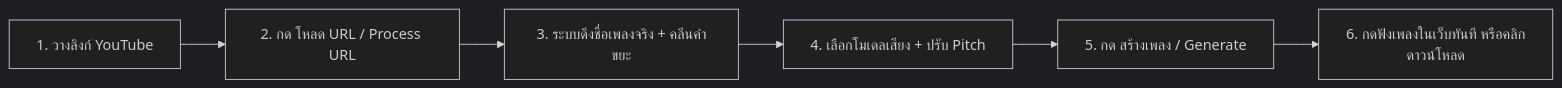
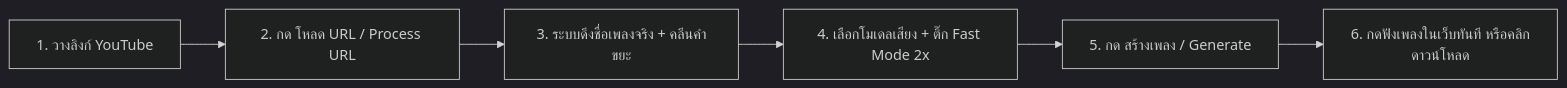
Before and after one commit to kainapat/AICoverGen: the diagram in README.md, drawn with Mermaid (dark theme). The commit also changed other lines of this file, not shown here.

Commit message:
docs: update README with fast mode 2x, progress bar, and diagnostic card

````diff
--- a/README.md
+++ b/README.md
@@ -85,8 +87,8 @@
 ```mermaid
 graph LR
     A[1. วางลิงก์ YouTube] --> B[2. กด โหลด URL / Process URL]
     B --> C[3. ระบบดึงชื่อเพลงจริง + คลีนคำขยะ]
-    C --> D[4. เลือกโมเดลเสียง + ปรับ Pitch]
+    C --> D[4. เลือกโมเดลเสียง + ติ๊ก Fast Mode 2x]
     D --> E[5. กด สร้างเพลง / Generate]
     E --> F[6. กดฟังเพลงในเว็บทันที หรือคลิกดาวน์โหลด]
 ```
````
